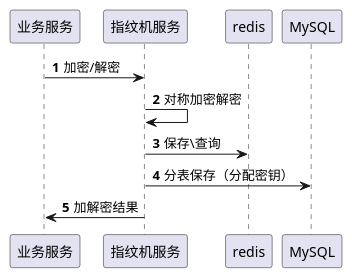
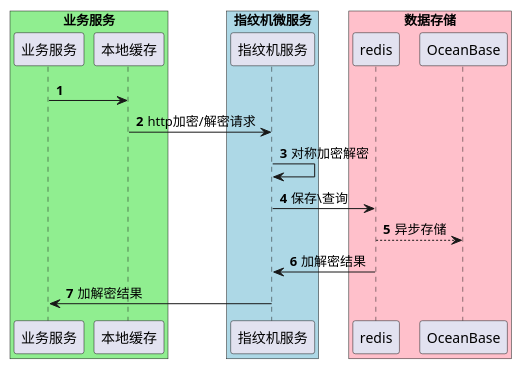
One commit to jdktomcater/learn-java-core changed the diagram in design/指纹机/加解密时序.puml. Above: the diagram before and after it, drawn with PlantUML. The commit also changed 1 other file, not shown here.

```diff
--- a/design/指纹机/加解密时序.puml
+++ b/design/指纹机/加解密时序.puml
@@ -1,9 +1,20 @@
 @startuml
 autonumber
-业务服务-> 指纹机服务: 加密/解密
+box "业务服务" #LightGreen
+业务服务-> 本地缓存
+本地缓存-> 指纹机服务: http加密/解密请求
+end box
+box "指纹机微服务" #LightBlue
+participant 指纹机服务
+end box
 指纹机服务 -> 指纹机服务:对称加密解密
+box "数据存储" #Pink
+participant redis
+participant OceanBase
+end box
 指纹机服务 -> redis:保存\查询
-指纹机服务-> MySQL: 分表保存（分配密钥）
-指纹机服务-> 业务服务: 加解密结果
+redis--> OceanBase:异步存储
+redis -> 指纹机服务:加解密结果
+指纹机服务-> 业务服务:加解密结果
 autonumber stop
 @enduml
```
